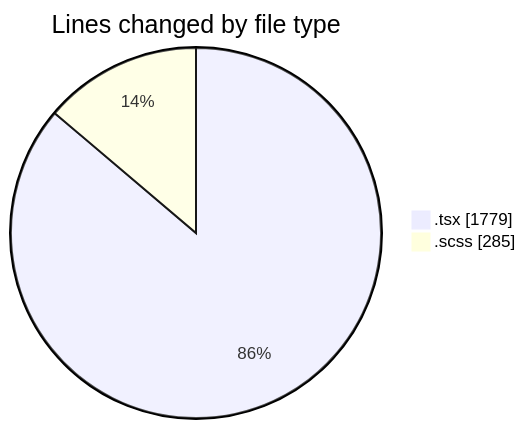
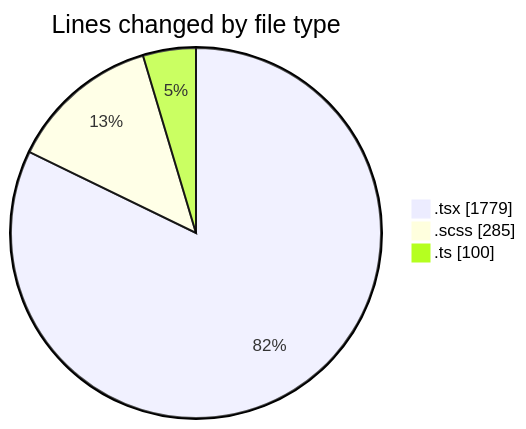
One commit to momahboobian/code-tracking changed the first of 2 diagrams in 2026-02-25/cda/README.md. Above: the diagram before and after it, drawn with Mermaid. The commit also changed other lines of this file and 1 other file, not shown here.

````diff
--- a/2026-02-25/cda/README.md
+++ b/2026-02-25/cda/README.md
@@ -22,6 +23,7 @@
 ```mermaid
 pie showData
 title Lines changed by file type
 ".tsx" : 1779
 ".scss" : 285
+".ts" : 100
 ```
````
